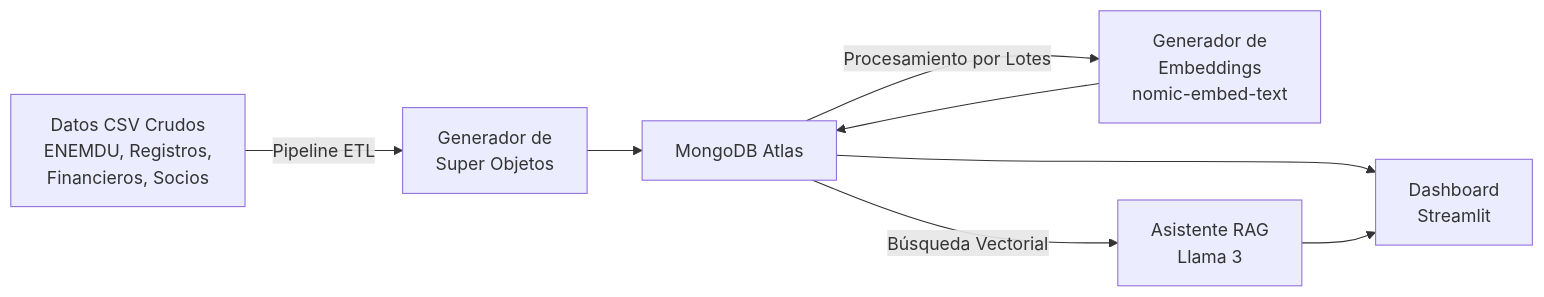
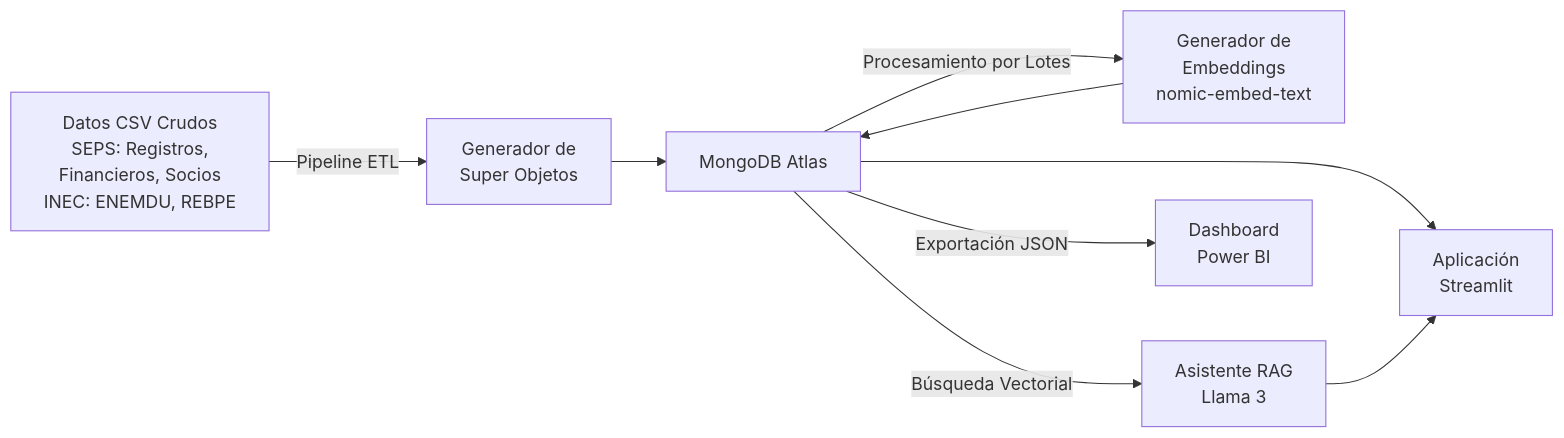
The diagram in README.es.md (mariosaul/eps-ecuador-rag), drawn with Mermaid before and after one commit. The commit also changed other lines of this file, not shown here.

````diff
--- a/README.es.md
+++ b/README.es.md
@@ -28,17 +45,20 @@
 ```mermaid
 flowchart LR
     A["Datos CSV Crudos
-    ENEMDU, Registros,
-    Financieros, Socios"] -->|Pipeline ETL| B["Generador de
+    SEPS: Registros,
+    Financieros, Socios
+    INEC: ENEMDU, REBPE"] -->|Pipeline ETL| B["Generador de
     Super Objetos"]
     B --> C["MongoDB Atlas"]
     C -->|Procesamiento por Lotes| D["Generador de
     Embeddings
     nomic-embed-text"]
     D --> C
     C -->|Búsqueda Vectorial| E["Asistente RAG
     Llama 3"]
-    C --> F["Dashboard
+    C --> F["Aplicación
     Streamlit"]
     E --> F
+    C -->|Exportación JSON| G["Dashboard
+    Power BI"]
 ```
````
